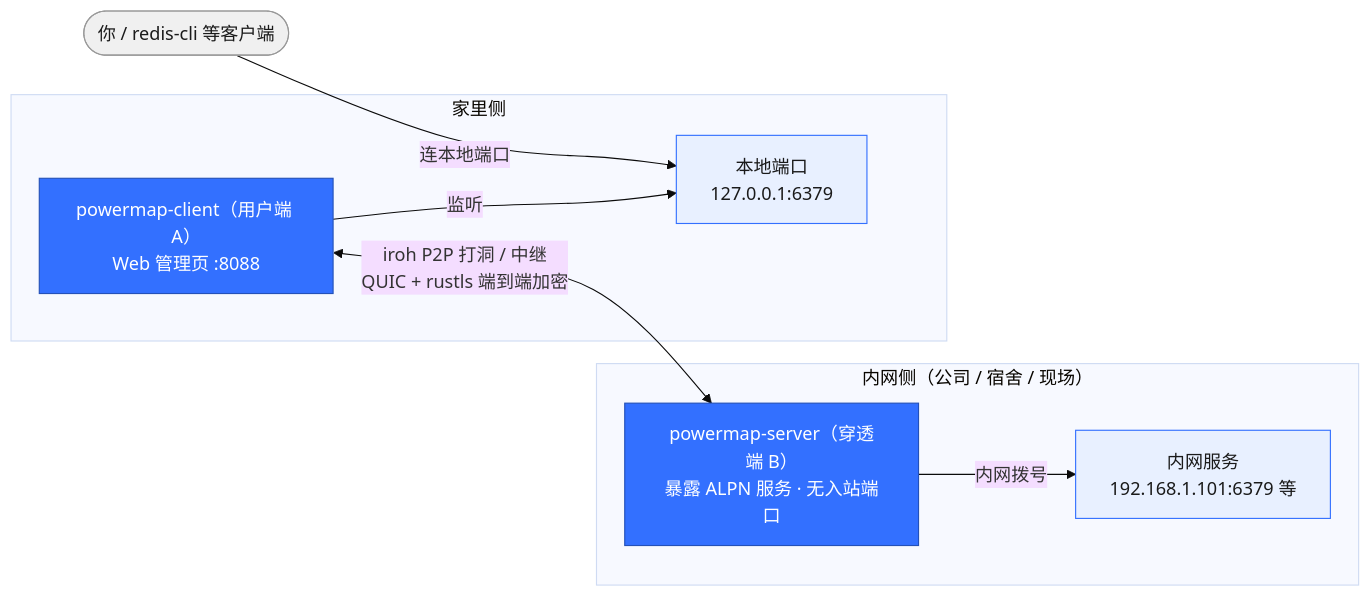
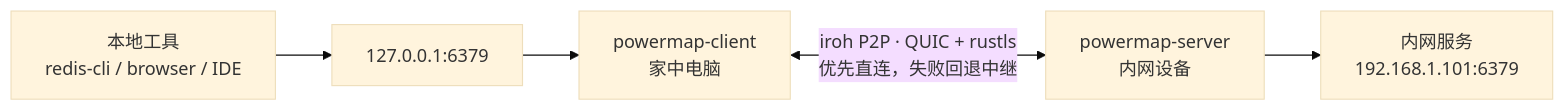
One commit to steven-ld/PowerMap changed the diagram in README.md. Above: the diagram before and after it, drawn with Mermaid (base theme). The commit also changed other lines of this file and 1 other file, not shown here.

````diff
--- a/README.md
+++ b/README.md
@@ -78,23 +95,7 @@
 ```mermaid
 flowchart LR
-    subgraph intranet["内网侧（公司 / 宿舍 / 现场）"]
-        B["powermap-server（穿透端 B）<br/>暴露 ALPN 服务 · 无入站端口"]
-        SVC["内网服务<br/>192.168.1.101:6379 等"]
-        B -->|内网拨号| SVC
-    end
-
-    subgraph home["家里侧"]
-        A["powermap-client（用户端 A）<br/>Web 管理页 :8088"]
-        LOCAL["本地端口<br/>127.0.0.1:6379"]
-        A -->|监听| LOCAL
-    end
-
-    USER(["你 / redis-cli 等客户端"]) -->|连本地端口| LOCAL
-    A <-->|"iroh P2P 打洞 / 中继<br/>QUIC + rustls 端到端加密"| B
-
-    style B fill:#3370ff,stroke:#2451b8,color:#fff
-    style A fill:#3370ff,stroke:#2451b8,color:#fff
-    style SVC fill:#e8f0ff,stroke:#3370ff,color:#1a1a1a
-    style LOCAL fill:#e8f0ff,stroke:#3370ff,color:#1a1a1a
-    style USER fill:#f0f0f0,stroke:#999,color:#1a1a1a
+    U["本地工具<br/>redis-cli / browser / IDE"] --> L["127.0.0.1:6379"]
+    L --> A["powermap-client<br/>家中电脑"]
+    A <-->|"iroh P2P · QUIC + rustls<br/>优先直连，失败回退中继"| B["powermap-server<br/>内网设备"]
+    B --> S["内网服务<br/>192.168.1.101:6379"]
 ```
````
